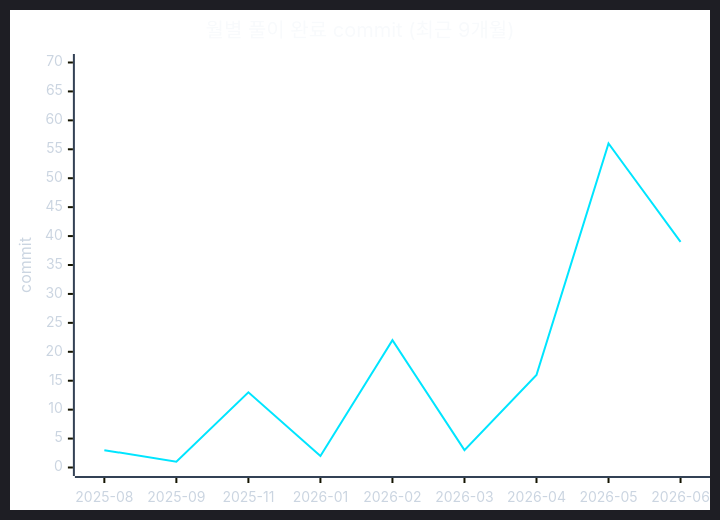
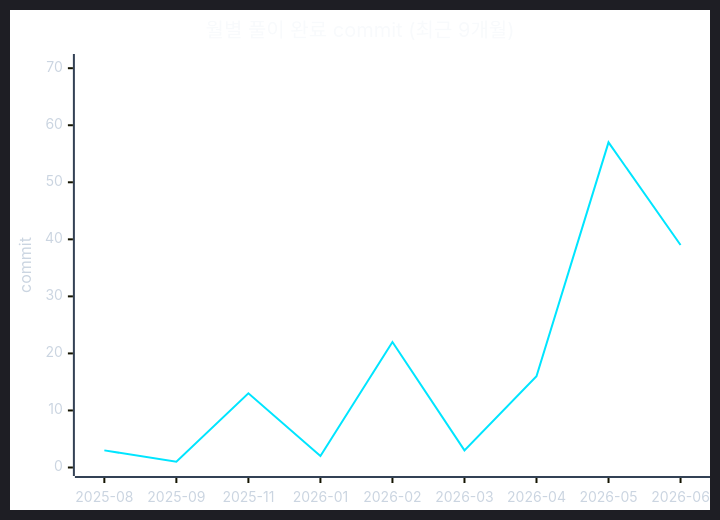
The second of 2 diagrams in readme.md (CHOOSLA/Algorithm), drawn with Mermaid before and after one commit. The commit also changed other lines of this file and 2 other files, not shown here.

````diff
--- a/readme.md
+++ b/readme.md
@@ -71,22 +71,22 @@
 ```mermaid
 ---
 config:
   theme: dark
   themeVariables:
     background: '#0d1117'
     xyChart:
       titleColor: '#f8fafc'
       xAxisLabelColor: '#cbd5e1'
       xAxisTitleColor: '#cbd5e1'
       xAxisLineColor: '#334155'
       yAxisLabelColor: '#cbd5e1'
       yAxisTitleColor: '#cbd5e1'
       yAxisLineColor: '#334155'
       plotColorPalette: '#00e5ff'
 ---
 xychart-beta
   title "월별 풀이 완료 commit (최근 9개월)"
   x-axis ["2025-08", "2025-09", "2025-11", "2026-01", "2026-02", "2026-03", "2026-04", "2026-05", "2026-06"]
-  y-axis "commit" 0 --> 70
-  line [3, 1, 13, 2, 22, 3, 16, 56, 39]
+  y-axis "commit" 0 --> 71
+  line [3, 1, 13, 2, 22, 3, 16, 57, 39]
 ```
````
